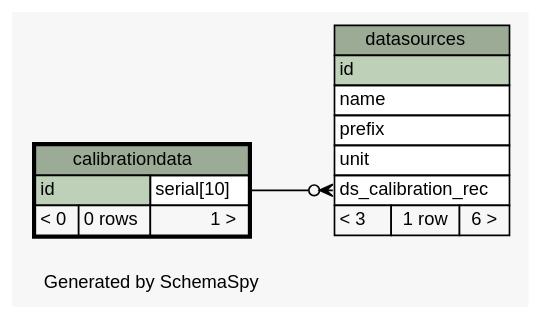
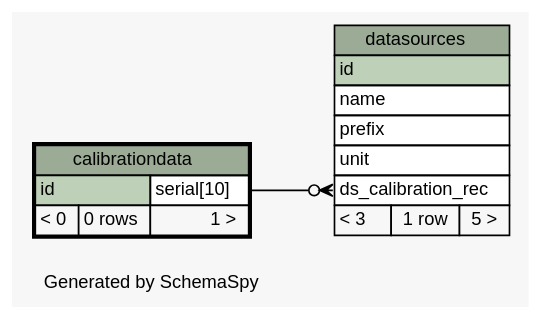
Before and after one commit to tgbugs/mlab: the diagram in database/ss/diagrams/calibrationdata.1degree.dot, drawn with Graphviz. The commit also changed 185 other files, not shown here.

```diff
--- a/database/ss/diagrams/calibrationdata.1degree.dot
+++ b/database/ss/diagrams/calibrationdata.1degree.dot
@@ -1,47 +1,47 @@
 // dot 2.32.0 on Windows 7 6.1
 // SchemaSpy rev 590
 digraph "oneDegreeRelationshipsDiagram" {
   graph [
     rankdir="RL"
     bgcolor="#f7f7f7"
     label="\nGenerated by SchemaSpy"
     labeljust="l"
     nodesep="0.18"
     ranksep="0.46"
     fontname="Helvetica"
     fontsize="11"
   ];
   node [
     fontname="Helvetica"
     fontsize="11"
     shape="plaintext"
   ];
   edge [
     arrowsize="0.8"
   ];
   "datasources":"ds_calibration_rec":w -> "calibrationdata":"id.type":e [arrowhead=none dir=back arrowtail=crowodot];
   "calibrationdata" [
     label=<
     <TABLE BORDER="2" CELLBORDER="1" CELLSPACING="0" BGCOLOR="#ffffff">
       <TR><TD COLSPAN="3" BGCOLOR="#9bab96" ALIGN="CENTER">calibrationdata</TD></TR>
       <TR><TD PORT="id" COLSPAN="2" BGCOLOR="#bed1b8" ALIGN="LEFT">id</TD><TD PORT="id.type" ALIGN="LEFT">serial[10]</TD></TR>
       <TR><TD ALIGN="LEFT" BGCOLOR="#f7f7f7">&lt; 0</TD><TD ALIGN="RIGHT" BGCOLOR="#f7f7f7">0 rows</TD><TD ALIGN="RIGHT" BGCOLOR="#f7f7f7">1 &gt;</TD></TR>
     </TABLE>>
     URL="calibrationdata.html"
     tooltip="calibrationdata"
   ];
   "datasources" [
     label=<
     <TABLE BORDER="0" CELLBORDER="1" CELLSPACING="0" BGCOLOR="#ffffff">
       <TR><TD COLSPAN="3" BGCOLOR="#9bab96" ALIGN="CENTER">datasources</TD></TR>
       <TR><TD PORT="id" COLSPAN="3" BGCOLOR="#bed1b8" ALIGN="LEFT">id</TD></TR>
       <TR><TD PORT="name" COLSPAN="3" ALIGN="LEFT">name</TD></TR>
       <TR><TD PORT="prefix" COLSPAN="3" ALIGN="LEFT">prefix</TD></TR>
       <TR><TD PORT="unit" COLSPAN="3" ALIGN="LEFT">unit</TD></TR>
       <TR><TD PORT="ds_calibration_rec" COLSPAN="3" ALIGN="LEFT">ds_calibration_rec</TD></TR>
-      <TR><TD ALIGN="LEFT" BGCOLOR="#f7f7f7">&lt; 3</TD><TD ALIGN="RIGHT" BGCOLOR="#f7f7f7">1 row</TD><TD ALIGN="RIGHT" BGCOLOR="#f7f7f7">6 &gt;</TD></TR>
+      <TR><TD ALIGN="LEFT" BGCOLOR="#f7f7f7">&lt; 3</TD><TD ALIGN="RIGHT" BGCOLOR="#f7f7f7">1 row</TD><TD ALIGN="RIGHT" BGCOLOR="#f7f7f7">5 &gt;</TD></TR>
     </TABLE>>
     URL="datasources.html"
     tooltip="datasources"
   ];
 }
```
